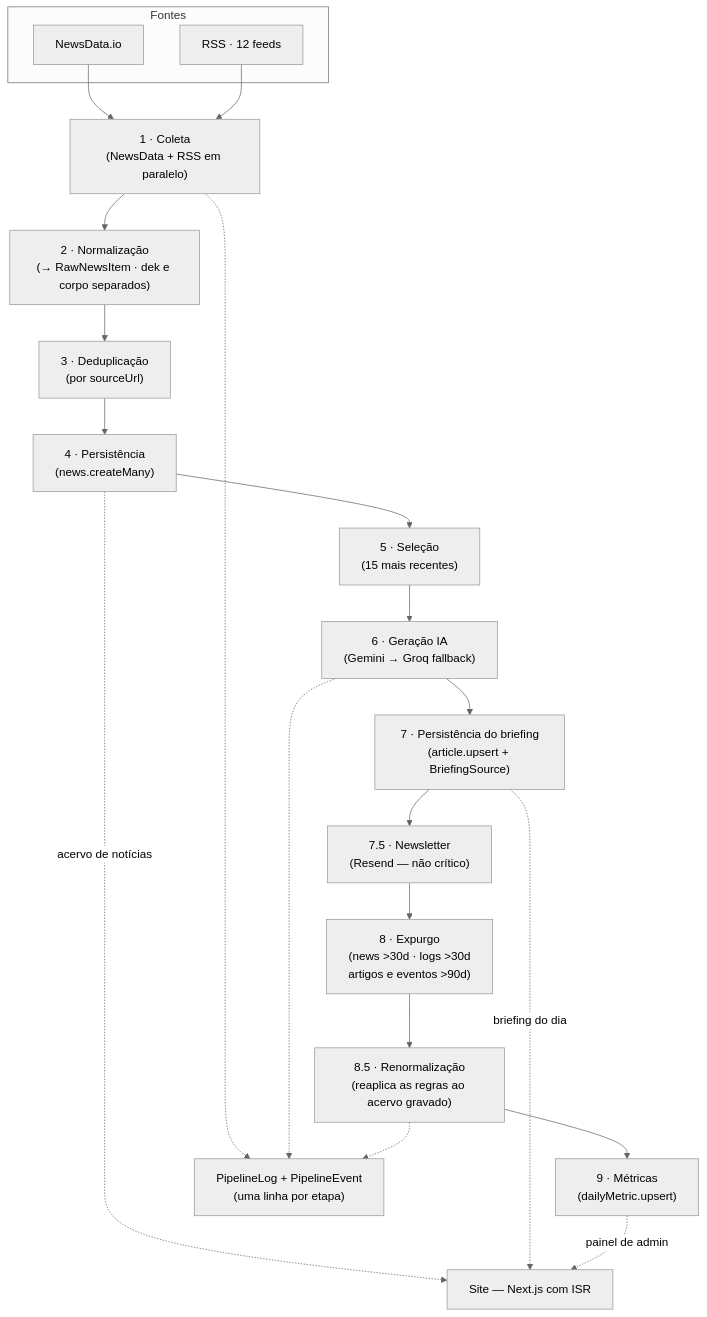
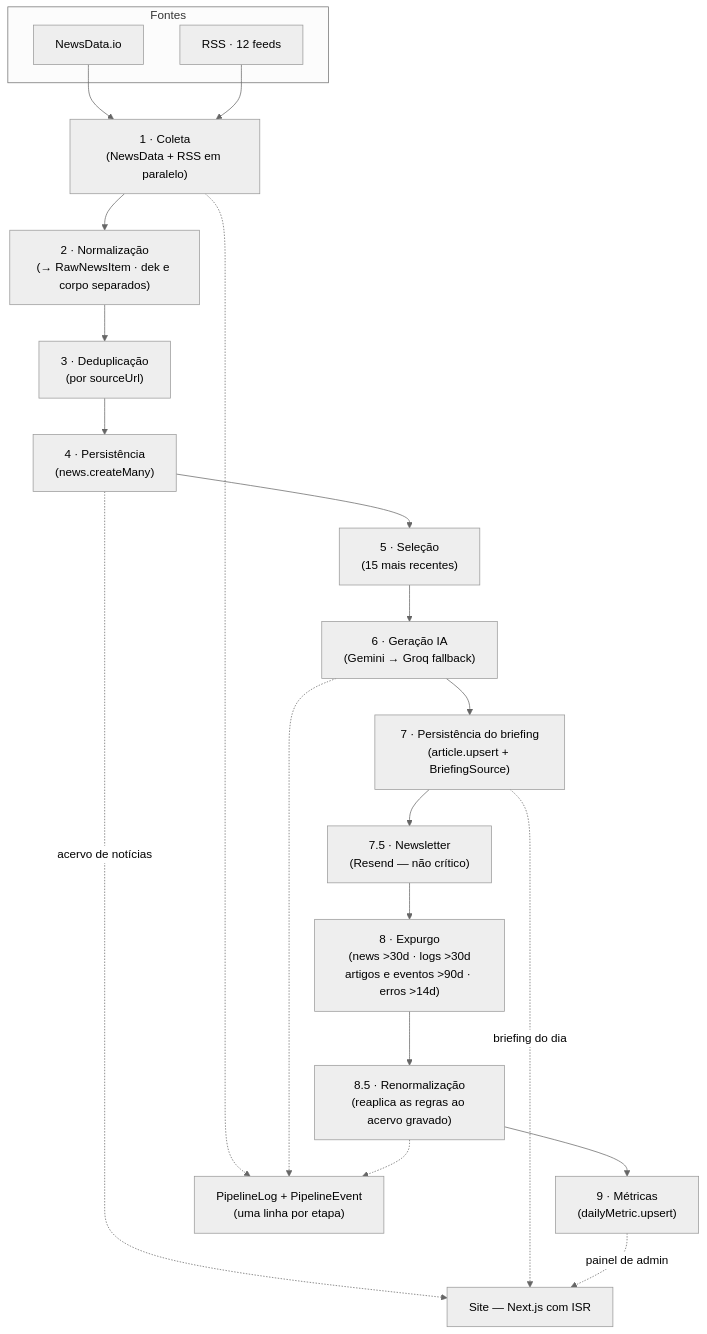
The diagram in docs/diagrams/data-flow.mermaid (tavinholoco/newra-news), drawn with Mermaid (neutral theme) before and after one commit. The commit also changed 22 other files, not shown here.

```diff
--- a/docs/diagrams/data-flow.mermaid
+++ b/docs/diagrams/data-flow.mermaid
@@ -1,35 +1,35 @@
 %% Fluxo de Dados Diário — Pipeline de Notícias (Newra News)
 %% ---
 %% Atualizado em 01/09/2026. As 11 etapas do `pipeline.service.ts`, na ordem em
 %% que rodam, e o que cada uma deixa gravado.
 flowchart TB
     subgraph Coleta["Fontes"]
         ND["NewsData.io"]
         RSS["RSS · 12 feeds"]
     end
 
     S1["1 · Coleta<br/>(NewsData + RSS em paralelo)"]
     S2["2 · Normalização<br/>(→ RawNewsItem · dek e corpo separados)"]
     S3["3 · Deduplicação<br/>(por sourceUrl)"]
     S4["4 · Persistência<br/>(news.createMany)"]
     S5["5 · Seleção<br/>(15 mais recentes)"]
     S6["6 · Geração IA<br/>(Gemini → Groq fallback)"]
     S7["7 · Persistência do briefing<br/>(article.upsert + BriefingSource)"]
     S75["7.5 · Newsletter<br/>(Resend — não crítico)"]
-    S8["8 · Expurgo<br/>(news >30d · logs >30d<br/>artigos e eventos >90d)"]
+    S8["8 · Expurgo<br/>(news >30d · logs >30d<br/>artigos e eventos >90d · erros >14d)"]
     S85["8.5 · Renormalização<br/>(reaplica as regras ao acervo gravado)"]
     S9["9 · Métricas<br/>(dailyMetric.upsert)"]
 
     ND --> S1
     RSS --> S1
     S1 --> S2 --> S3 --> S4 --> S5 --> S6 --> S7 --> S75 --> S8 --> S85 --> S9
 
     SITE["Site — Next.js com ISR"]
     S4 -.->|"acervo de notícias"| SITE
     S7 -.->|"briefing do dia"| SITE
     S9 -.->|"painel de admin"| SITE
 
     LOG["PipelineLog + PipelineEvent<br/>(uma linha por etapa)"]
     S1 -.-> LOG
     S6 -.-> LOG
     S85 -.-> LOG
```
